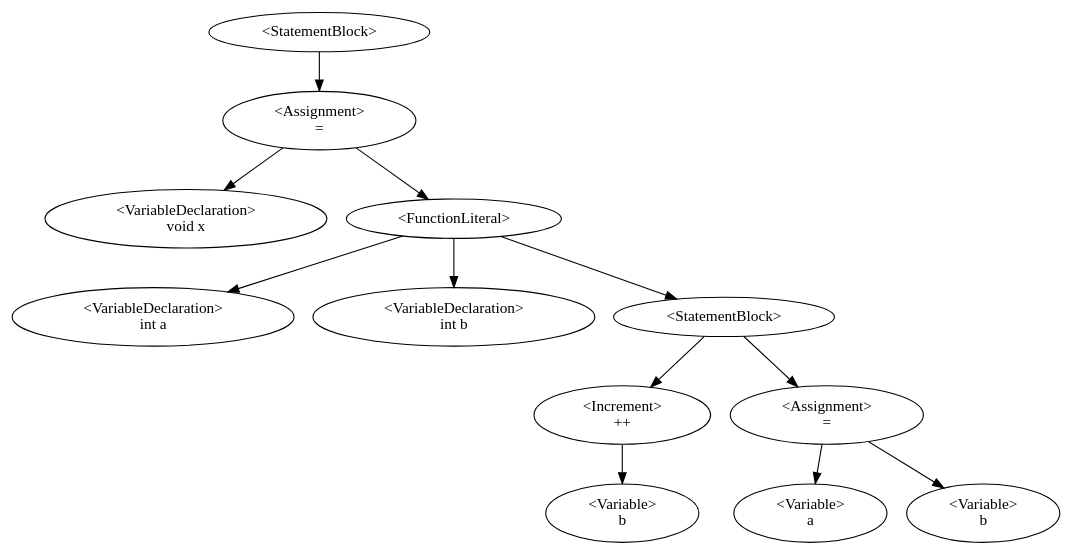
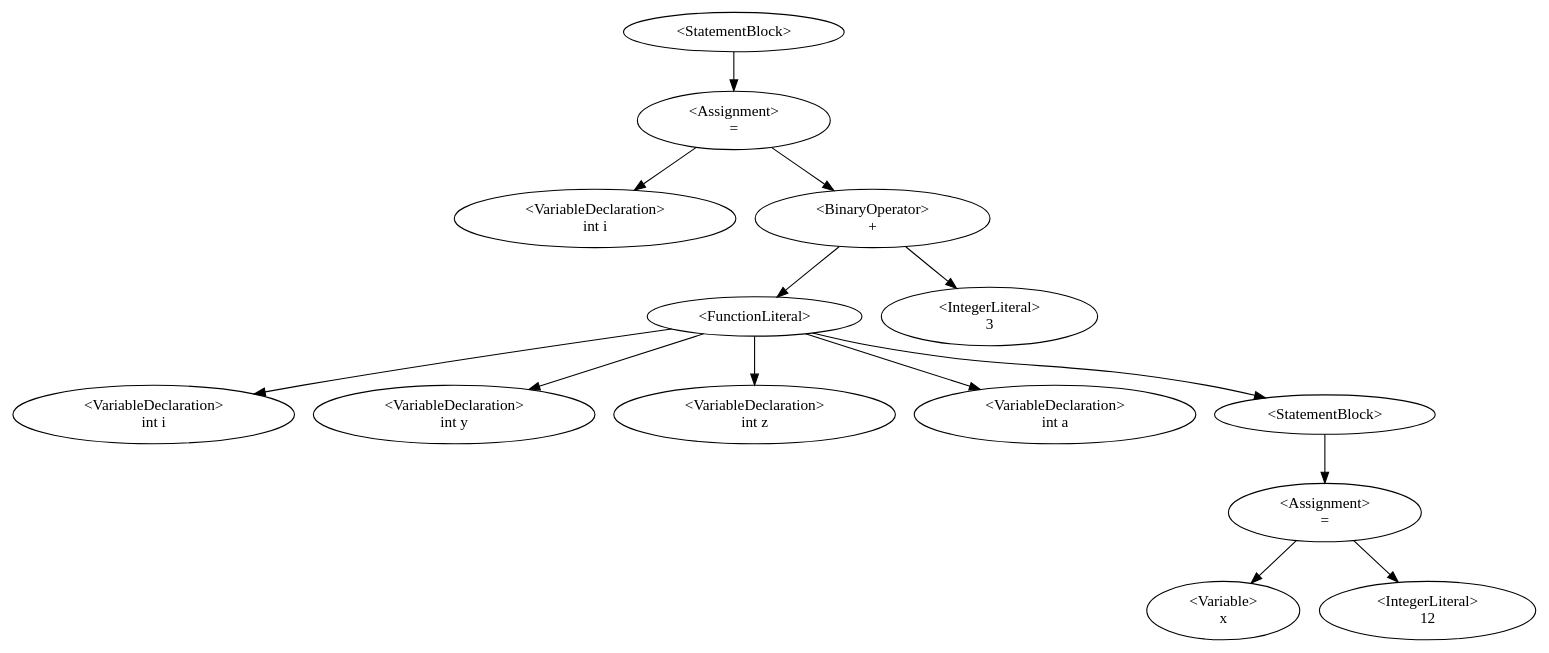
The diagram in Dino/Dino/AstDisplay.gv (QazmoQwerty/dino), drawn with Graphviz before and after one commit. The commit also changed 2 other files, not shown here.

Commit message:
added support for function literals (anonymous functions)

```diff
--- a/Dino/Dino/AstDisplay.gv
+++ b/Dino/Dino/AstDisplay.gv
@@ -1,14 +1,16 @@
 digraph G {
 0 [label="<StatementBlock>"];0->2;
-2 [label="<Assignment>\n="];2->1;2->3;
-1 [label="<VariableDeclaration>\nvoid x"];
-3 [label="<FunctionLiteral>"];3->4;3->5;3->6;
-4 [label="<VariableDeclaration>\nint a"];
-5 [label="<VariableDeclaration>\nint b"];
-6 [label="<StatementBlock>"];6->7;6->10;
-7 [label="<Increment>\n++"];7->8;
-8 [label="<Variable>\nb"];
-10 [label="<Assignment>\n="];10->9;10->11;
-9 [label="<Variable>\na"];
-11 [label="<Variable>\nb"];
+2 [label="<Assignment>\n="];2->1;2->15;
+1 [label="<VariableDeclaration>\nint i"];
+15 [label="<BinaryOperator>\n+"];15->10;15->16;
+10 [label="<FunctionLiteral>"];10->3;10->5;10->7;10->9;10->11;
+3 [label="<VariableDeclaration>\nint i"];
+5 [label="<VariableDeclaration>\nint y"];
+7 [label="<VariableDeclaration>\nint z"];
+9 [label="<VariableDeclaration>\nint a"];
+11 [label="<StatementBlock>"];11->13;
+13 [label="<Assignment>\n="];13->12;13->14;
+12 [label="<Variable>\nx"];
+14 [label="<IntegerLiteral>\n12"];
+16 [label="<IntegerLiteral>\n3"];
 }
```
